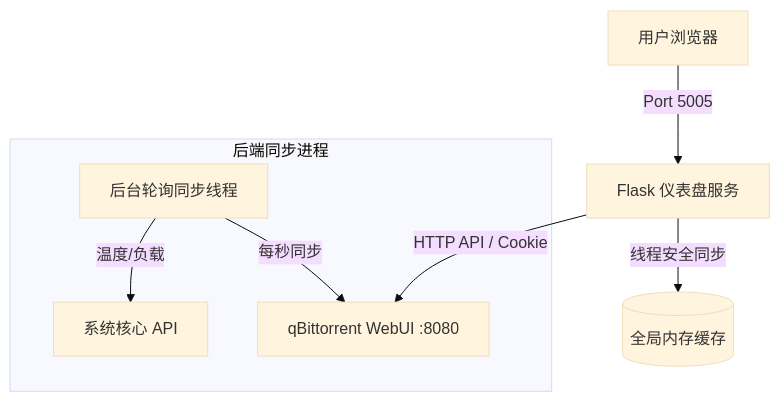
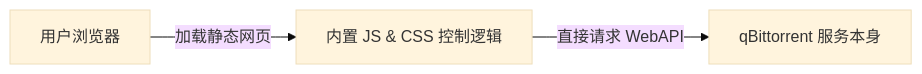
One commit to Level6me/Abit changed the diagram in README.md. Above: the diagram before and after it, drawn with Mermaid (base theme). The commit also changed other lines of this file and 5 other files, not shown here.

Commit message:
Convert dashboard to a pure serverless qBittorrent alternative WebUI theme

````diff
--- a/README.md
+++ b/README.md
@@ -9,11 +11,5 @@
 ```mermaid
-graph TD
-    User[用户浏览器] -->|Port 5005| Flask[Flask 仪表盘服务]
-    Flask -->|线程安全同步| Cache[(全局内存缓存)]
-    Flask -->|HTTP API / Cookie| qBt[qBittorrent WebUI :8080]
-    
-    subgraph 后端同步进程
-        SyncThread[后台轮询同步线程] -->|每秒同步| qBt
-        SyncThread -->|温度/负载| SysOS[系统核心 API]
-    end
+graph LR
+    Browser[用户浏览器] -->|加载静态网页| index.html[内置 JS & CSS 控制逻辑]
+    index.html -->|直接请求 WebAPI| qBt[qBittorrent 服务本身]
 ```
````
